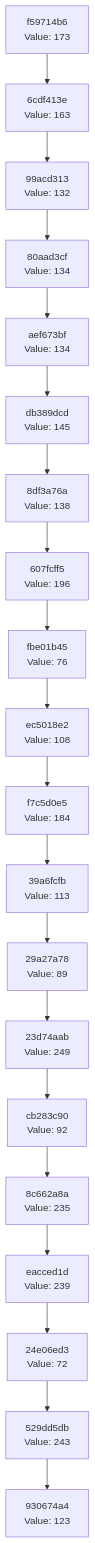
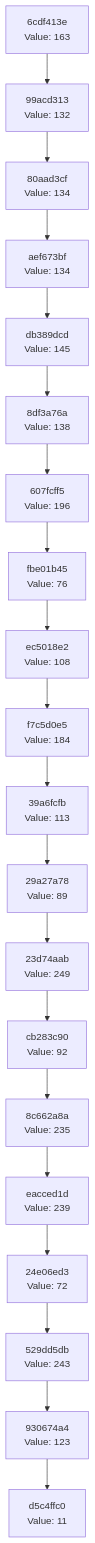
One commit to Abhisheksinha1506/hash-chain-evolver changed the diagram in docs/CHAIN_VISUALIZATION.md. Above: the diagram before and after it, drawn with Mermaid. The commit also changed 2 other files, not shown here.

Commit message:
Evolution Step

````diff
--- a/docs/CHAIN_VISUALIZATION.md
+++ b/docs/CHAIN_VISUALIZATION.md
@@ -3,42 +3,42 @@
 ```mermaid
 graph TD
-    C0["930674a4<br/>Value: 123"]
-    C1["529dd5db<br/>Value: 243"]
+    C0["d5c4ffc0<br/>Value: 11"]
+    C1["930674a4<br/>Value: 123"]
     C1 --> C0
-    C2["24e06ed3<br/>Value: 72"]
+    C2["529dd5db<br/>Value: 243"]
     C2 --> C1
-    C3["eacced1d<br/>Value: 239"]
+    C3["24e06ed3<br/>Value: 72"]
     C3 --> C2
-    C4["8c662a8a<br/>Value: 235"]
+    C4["eacced1d<br/>Value: 239"]
     C4 --> C3
-    C5["cb283c90<br/>Value: 92"]
+    C5["8c662a8a<br/>Value: 235"]
     C5 --> C4
-    C6["23d74aab<br/>Value: 249"]
+    C6["cb283c90<br/>Value: 92"]
     C6 --> C5
-    C7["29a27a78<br/>Value: 89"]
+    C7["23d74aab<br/>Value: 249"]
     C7 --> C6
-    C8["39a6fcfb<br/>Value: 113"]
+    C8["29a27a78<br/>Value: 89"]
     C8 --> C7
-    C9["f7c5d0e5<br/>Value: 184"]
+    C9["39a6fcfb<br/>Value: 113"]
     C9 --> C8
-    C10["ec5018e2<br/>Value: 108"]
+    C10["f7c5d0e5<br/>Value: 184"]
     C10 --> C9
-    C11["fbe01b45<br/>Value: 76"]
+    C11["ec5018e2<br/>Value: 108"]
     C11 --> C10
-    C12["607fcff5<br/>Value: 196"]
+    C12["fbe01b45<br/>Value: 76"]
     C12 --> C11
-    C13["8df3a76a<br/>Value: 138"]
+    C13["607fcff5<br/>Value: 196"]
     C13 --> C12
-    C14["db389dcd<br/>Value: 145"]
+    C14["8df3a76a<br/>Value: 138"]
     C14 --> C13
-    C15["aef673bf<br/>Value: 134"]
+    C15["db389dcd<br/>Value: 145"]
     C15 --> C14
-    C16["80aad3cf<br/>Value: 134"]
+    C16["aef673bf<br/>Value: 134"]
     C16 --> C15
-    C17["99acd313<br/>Value: 132"]
+    C17["80aad3cf<br/>Value: 134"]
     C17 --> C16
-    C18["6cdf413e<br/>Value: 163"]
+    C18["99acd313<br/>Value: 132"]
     C18 --> C17
-    C19["f59714b6<br/>Value: 173"]
+    C19["6cdf413e<br/>Value: 163"]
     C19 --> C18
 ```
````
